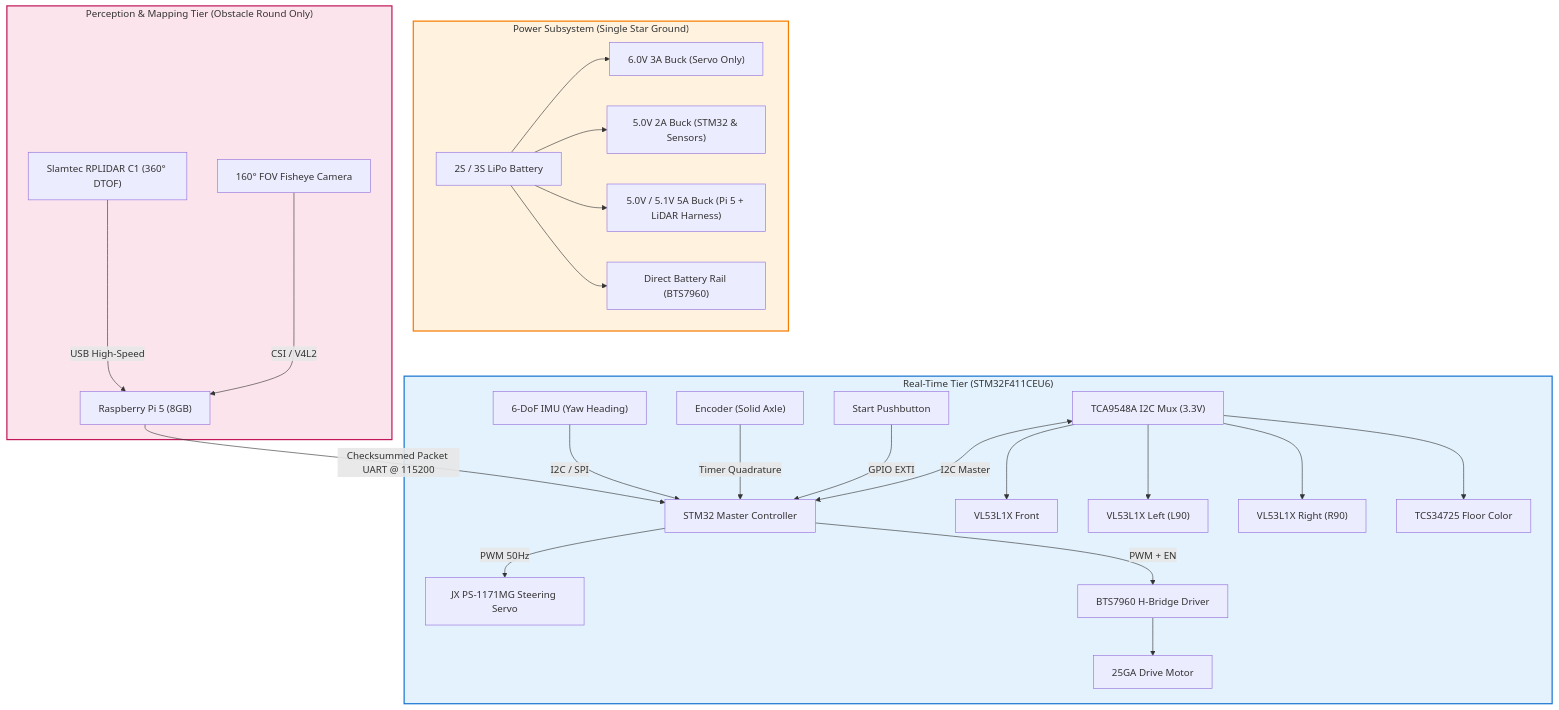
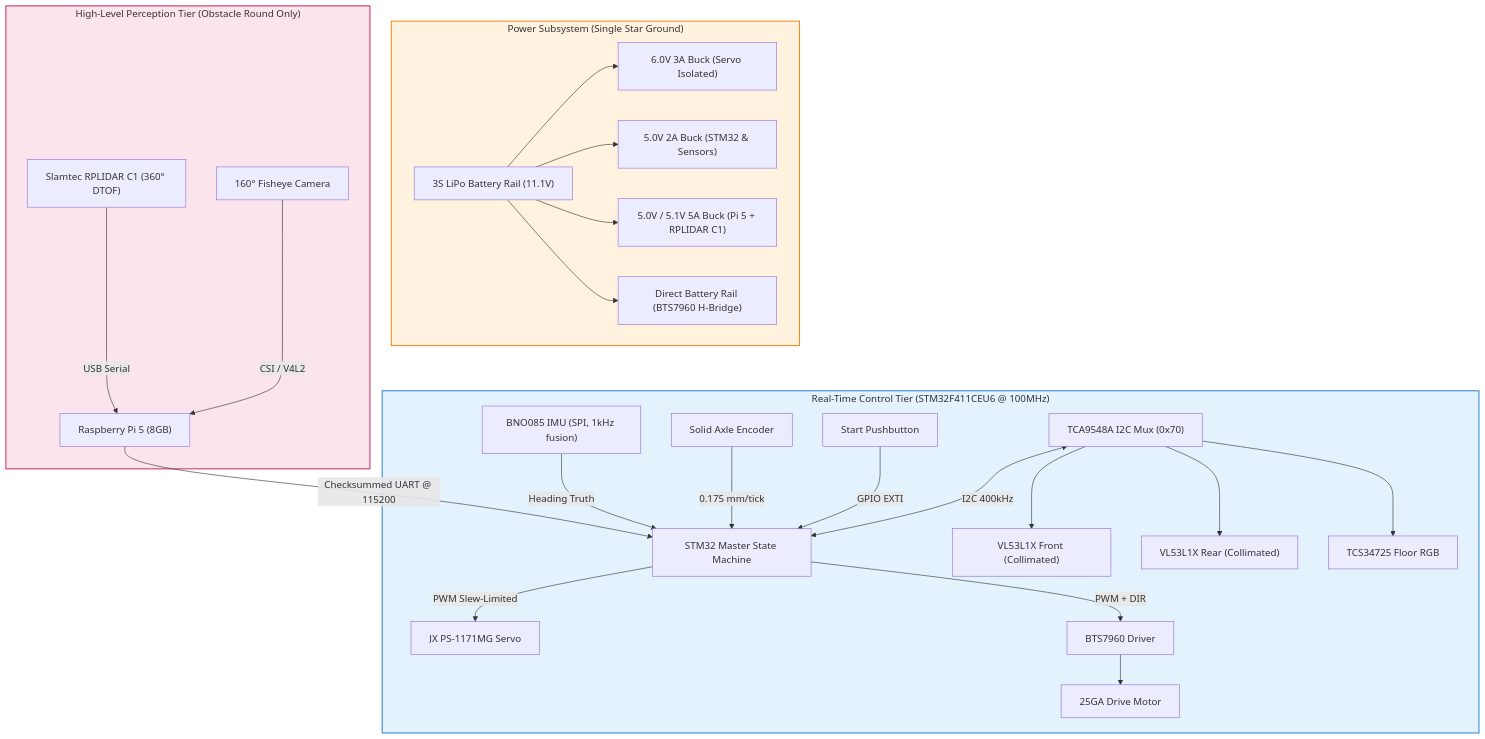
The first of 3 diagrams in README.md (ShammanRahin/WRO_TeamBluePrint), drawn with Mermaid before and after one commit. The commit also changed other lines of this file and 23 other files, not shown here.

Commit message:
Refactor documentation architecture, integrate CAD ground truth & authentic hardware showcase

````diff
--- a/README.md
+++ b/README.md
@@ -244,35 +159,34 @@
 ```mermaid
 graph TD
     subgraph Power ["Power Subsystem (Single Star Ground)"]
-        BAT["2S / 3S LiPo Battery"] --> REG6["6.0V 3A Buck (Servo Only)"]
+        BAT["3S LiPo Battery Rail (11.1V)"] --> REG6["6.0V 3A Buck (Servo Isolated)"]
         BAT --> REG5["5.0V 2A Buck (STM32 & Sensors)"]
-        BAT --> REG55["5.0V / 5.1V 5A Buck (Pi 5 + LiDAR Harness)"]
-        BAT --> DRV_PWR["Direct Battery Rail (BTS7960)"]
+        BAT --> REG55["5.0V / 5.1V 5A Buck (Pi 5 + RPLIDAR C1)"]
+        BAT --> DRV_PWR["Direct Battery Rail (BTS7960 H-Bridge)"]
     end
 
-    subgraph LowLevel ["Real-Time Tier (STM32F411CEU6)"]
-        STM["STM32 Master Controller"]
-        IMU["6-DoF IMU (Yaw Heading)"] -->|I2C / SPI| STM
-        ENC["Encoder (Solid Axle)"] -->|Timer Quadrature| STM
+    subgraph LowLevel ["Real-Time Control Tier (STM32F411CEU6 @ 100MHz)"]
+        STM["STM32 Master State Machine"]
+        IMU["BNO085 IMU (SPI, 1kHz fusion)"] -->|Heading Truth| STM
+        ENC["Solid Axle Encoder"] -->|0.175 mm/tick| STM
         BTN["Start Pushbutton"] -->|GPIO EXTI| STM
-        MUX["TCA9548A I2C Mux (3.3V)"] <-->|I2C Master| STM
-        MUX --> TOF1["VL53L1X Front"]
-        MUX --> TOF2["VL53L1X Left (L90)"]
-        MUX --> TOF3["VL53L1X Right (R90)"]
-        MUX --> COL["TCS34725 Floor Color"]
+        MUX["TCA9548A I2C Mux (0x70)"] <-->|I2C 400kHz| STM
+        MUX --> TOF1["VL53L1X Front (Collimated)"]
+        MUX --> TOF2["VL53L1X Rear (Collimated)"]
+        MUX --> COL["TCS34725 Floor RGB"]
 
-        STM -->|PWM 50Hz| SERVO["JX PS-1171MG Steering Servo"]
-        STM -->|PWM + EN| BTS["BTS7960 H-Bridge Driver"] --> MOTOR["25GA Drive Motor"]
+        STM -->|PWM Slew-Limited| SERVO["JX PS-1171MG Servo"]
+        STM -->|PWM + DIR| BTS["BTS7960 Driver"] --> MOTOR["25GA Drive Motor"]
     end
 
-    subgraph HighLevel ["Perception & Mapping Tier (Obstacle Round Only)"]
+    subgraph HighLevel ["High-Level Perception Tier (Obstacle Round Only)"]
         PI["Raspberry Pi 5 (8GB)"]
-        LIDAR["Slamtec RPLIDAR C1 (360° DTOF)"] -->|USB High-Speed| PI
-        CAM["160° FOV Fisheye Camera"] -->|CSI / V4L2| PI
-        PI -->|Checksummed Packet UART @ 115200| STM
+        LIDAR["Slamtec RPLIDAR C1 (360° DTOF)"] -->|USB Serial| PI
+        CAM["160° Fisheye Camera"] -->|CSI / V4L2| PI
+        PI -->|Checksummed UART @ 115200| STM
     end
 
-    style Power fill:#fff3e0,stroke:#f57c00,stroke-width:2px
-    style LowLevel fill:#e3f2fd,stroke:#1976d2,stroke-width:2px
-    style HighLevel fill:#fce4ec,stroke:#c2185b,stroke-width:2px
+    style Power fill:#fff3e0,stroke:#f57c00,stroke-width:1.5px
+    style LowLevel fill:#e3f2fd,stroke:#1976d2,stroke-width:1.5px
+    style HighLevel fill:#fce4ec,stroke:#c2185b,stroke-width:1.5px
 ```
````
